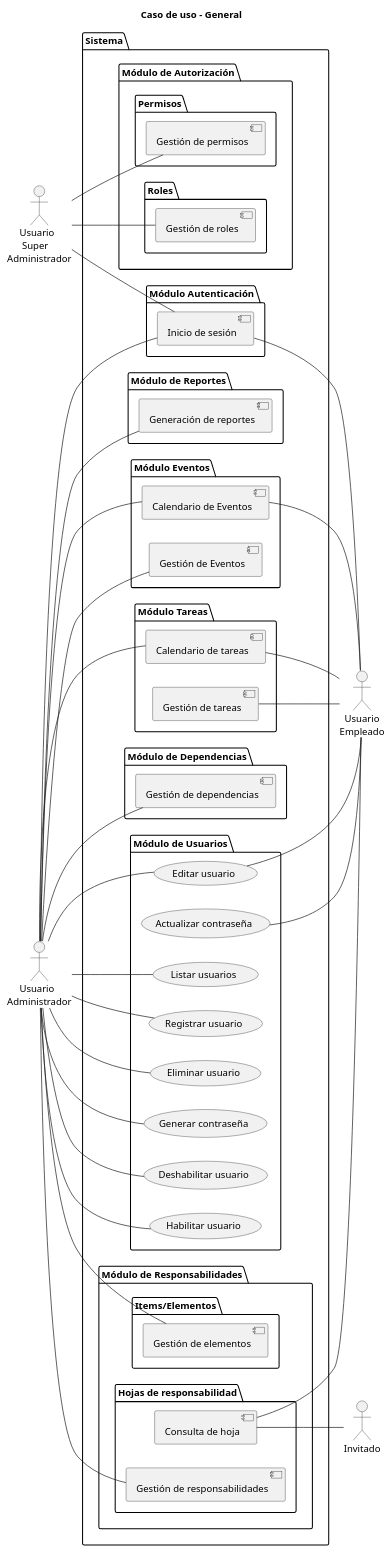
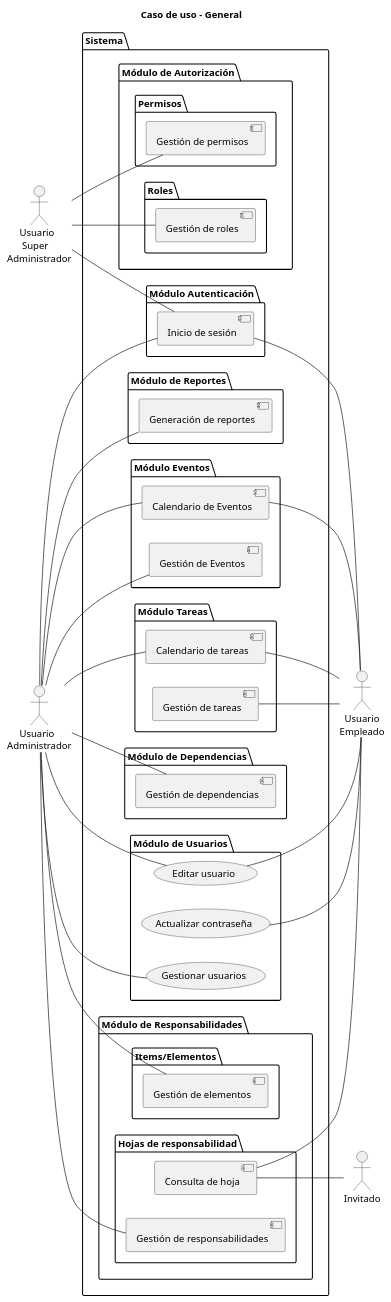
Before and after one commit to JuanVicGT/Responsabilidades: the diagram in docs/Use Cases - Rev 1/CU - 1 - Caso de uso general.plantuml, drawn with PlantUML. The commit also changed 50 other files, not shown here.

Commit message:
[📝update] Actualización de diagramas - caso de uso de creación de usuario - otros progreso aún

```diff
--- a/docs/Use Cases - Rev 1/CU - 1 - Caso de uso general.plantuml
+++ b/docs/Use Cases - Rev 1/CU - 1 - Caso de uso general.plantuml
@@ -1,102 +1,92 @@
 @startuml "CU - 1 - Caso de uso general"
-
-left to right direction
 
 /'======== Título ========'/
 title "Caso de uso - General"
+
+left to right direction
 
 /' === Sección de actores === '/
 actor "     Usuario\n      Super\nAdministrador" as sadmin
 actor "     Usuario\nAdministrador" as admin
 actor "  Usuario\nEmpleado" as employee
 actor "Invitado" as guest
 
 /' === Sección de elementos === '/
 package "Sistema" {
     package "Módulo de Autorización" {
         package "Permisos" {
             component "Gestión de permisos" as permission_management
         }
 
         package "Roles" {
             component "Gestión de roles" as role_management
         }
     }
 
     package "Módulo de Dependencias" {
         component "Gestión de dependencias" as dependency_management
     }
 
     package "Módulo de Usuarios" {
-        usecase "Listar usuarios" as user_list
-        usecase "Registrar usuario" as user_create
+        usecase "Gestionar usuarios" as user_management
         usecase "Editar usuario" as user_edit
-        usecase "Eliminar usuario" as user_delete
-        usecase "Generar contraseña" as user_generate_pass
         usecase "Actualizar contraseña" as user_change_pass
-        usecase "Deshabilitar usuario" as user_off
-        usecase "Habilitar usuario" as user_on
     }
 
     package "Módulo Autenticación" {
         component "Inicio de sesión" as login
     }
 
     package "Módulo de Reportes" {
         component "Generación de reportes" as report_management
     }
 
     package "Módulo Eventos" {
         component "Gestión de Eventos" as event_management
         component "Calendario de Eventos" as event_calendar
     }
 
     package "Módulo Tareas" {
         component "Gestión de tareas" as task_management
         component "Calendario de tareas" as task_calendar
     }
 
     package "Módulo de Responsabilidades" {
         package "Items/Elementos" {
             component "Gestión de elementos" as item_management
         }
 
         package "Hojas de responsabilidad" {
             component "Gestión de responsabilidades" as sheet_management
             component "Consulta de hoja" as sheet_view
         }
     }
 }
 
 /' === Sección de relaciones === '/
 sadmin -- permission_management
 sadmin -- role_management
 sadmin -- login
 
 admin -- dependency_management
-admin -- user_create
+admin -- user_management
 admin -- user_edit
-admin -- user_delete
-admin -- user_generate_pass
-admin -- user_list
-admin -- user_off
-admin -- user_on
 admin -- login
 admin -- report_management
 admin -- event_management
 admin -- item_management
 admin -- sheet_management
 admin -- event_calendar
 admin -- task_calendar
 
 employee -up- login
 employee -up- user_change_pass
 employee -up- user_edit
 employee -up- task_management
 employee -up- task_calendar
 employee -up- event_calendar
 employee -up- sheet_view
 
 guest -up- sheet_view
 
 @enduml
```
